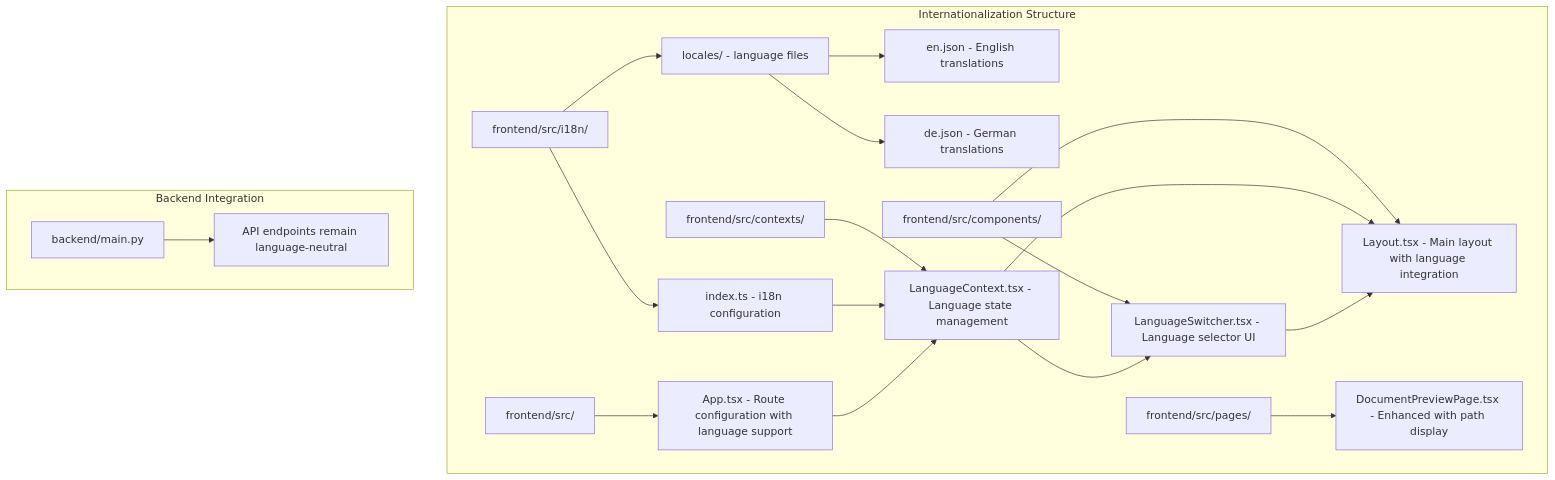
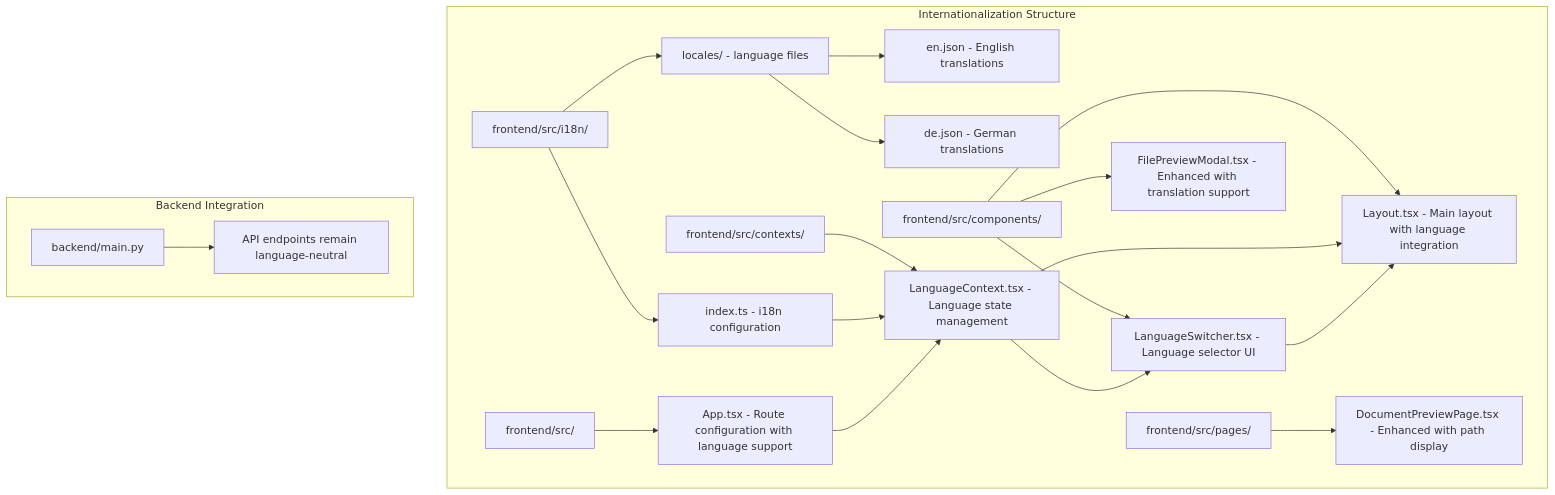
The first of 6 diagrams in .qoder/repowiki/en/content/Frontend Application/Internationalization and Localization.md (emanuelplopu/MongoDB-RAG-Agent), drawn with Mermaid before and after one commit. The commit also changed other lines of this file and 5 other files, not shown here.

````diff
--- a/.qoder/repowiki/en/content/Frontend Application/Internationalization and Localization.md
+++ b/.qoder/repowiki/en/content/Frontend Application/Internationalization and Localization.md
@@ -49,22 +51,23 @@
 ```mermaid
 graph TB
 subgraph "Internationalization Structure"
 A[frontend/src/i18n/] --> B[index.ts - i18n configuration]
 A --> C[locales/ - language files]
 C --> D[en.json - English translations]
 C --> E[de.json - German translations]
 F[frontend/src/contexts/] --> G[LanguageContext.tsx - Language state management]
 H[frontend/src/components/] --> I[LanguageSwitcher.tsx - Language selector UI]
 H --> J[Layout.tsx - Main layout with language integration]
-K[frontend/src/pages/] --> L[DocumentPreviewPage.tsx - Enhanced with path display]
-M[frontend/src/] --> N[App.tsx - Route configuration with language support]
+H --> K[FilePreviewModal.tsx - Enhanced with translation support]
+L[frontend/src/pages/] --> M[DocumentPreviewPage.tsx - Enhanced with path display]
+N[frontend/src/] --> O[App.tsx - Route configuration with language support]
 end
 subgraph "Backend Integration"
-O[backend/main.py] --> P[API endpoints remain language-neutral]
+P[backend/main.py] --> Q[API endpoints remain language-neutral]
 end
 B --> G
 G --> I
 G --> J
 I --> J
-N --> G
+O --> G
 ```
````
